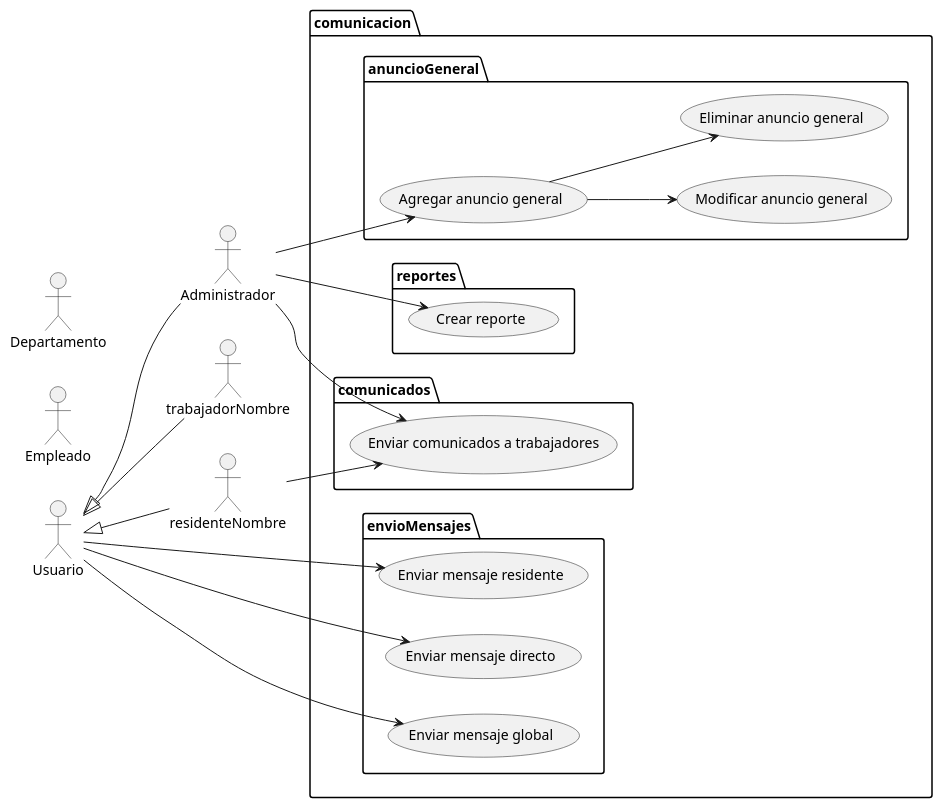
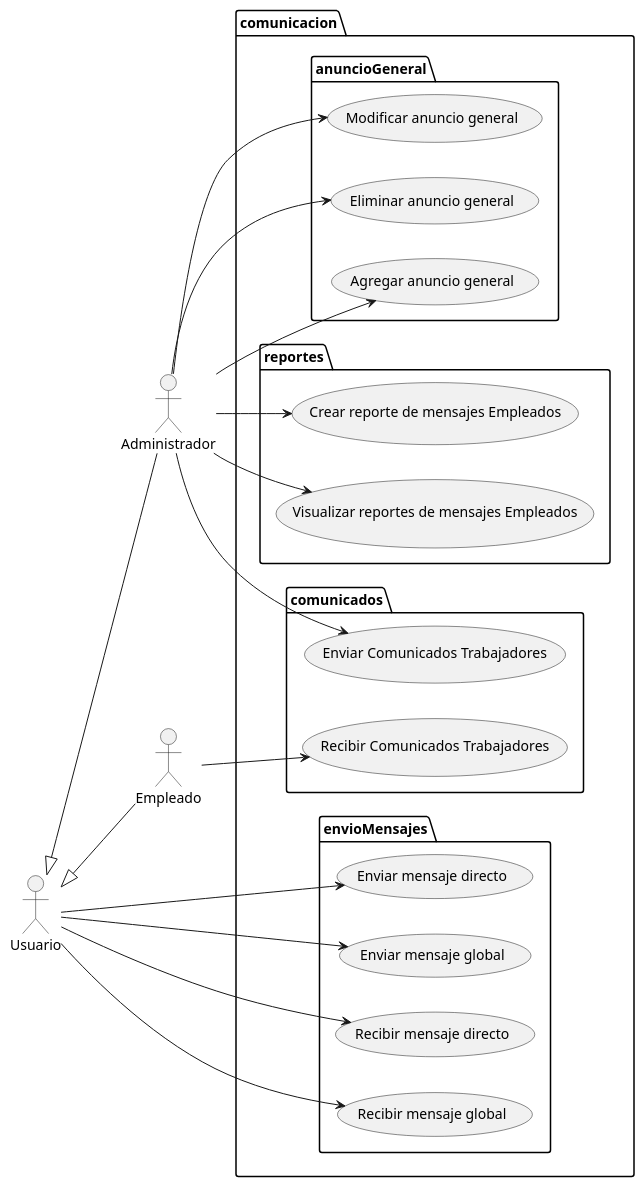
One commit to richardriverag/ProyectoDiseno24B changed the diagram in Diagramas/CasosDeUso_GrupoF_Comunicacion/CasoDeUsoGrupoF.puml. Above: the diagram before and after it, drawn with PlantUML.

Commit message:
Update CasoDeUsoGrupoF.puml
Editing and adding UseCase to visualize the messages, specify reports and visualize it.

```diff
--- a/Diagramas/CasosDeUso_GrupoF_Comunicacion/CasoDeUsoGrupoF.puml
+++ b/Diagramas/CasosDeUso_GrupoF_Comunicacion/CasoDeUsoGrupoF.puml
@@ -1,48 +1,49 @@
 @startuml
 
 left to right direction
 
 actor "Usuario" as usuarioNombre
 actor "Administrador" as administradorNombre
 actor "Empleado" as empleadoNombre
-actor "Departamento" as departamentoNombre
 package comunicacion{
 package envioMensajes{
-usecase "Enviar mensaje residente" as mensajeResidentes
+
 usecase "Enviar mensaje directo" as mensajeDirecto
 usecase "Enviar mensaje global" as mensajeGlobal
+usecase "Recibir mensaje directo" as recibirmsjDirecto
+usecase "Recibir mensaje global" as recibirmsjGlobal
 }
 
 package comunicados{
-usecase "Enviar comunicados a trabajadores" as comunicadoTrabajadores
+usecase "Enviar Comunicados Trabajadores" as comunicadoTrabajadores
+usecase "Recibir Comunicados Trabajadores" as recibirComunicadoTrabajadores
 }
 package anuncioGeneral{
 usecase "Modificar anuncio general" as modAnuncioGeneral
 usecase "Eliminar anuncio general" as delAnuncioGeneral
 usecase "Agregar anuncio general" as addAnuncioGeneral
+
 }
 package reportes{
-usecase "Crear reporte" as creaReporte
+usecase "Crear reporte de mensajes Empleados" as creaReporte
+usecase "Visualizar reportes de mensajes Empleados" as visualizarReporte
 }
 }
 
 administradorNombre -u-|> usuarioNombre
-trabajadorNombre -u-|> usuarioNombre
-residenteNombre -u-|> usuarioNombre
+empleadoNombre -u-|> usuarioNombre
 
-
-usuarioNombre --> mensajeResidentes
 administradorNombre --> comunicadoTrabajadores
+empleadoNombre --> recibirComunicadoTrabajadores
 usuarioNombre --> mensajeGlobal
 usuarioNombre --> mensajeDirecto
+usuarioNombre --> recibirmsjGlobal
+usuarioNombre --> recibirmsjDirecto
 
-
-addAnuncioGeneral --> modAnuncioGeneral
-addAnuncioGeneral --> delAnuncioGeneral
+administradorNombre --> modAnuncioGeneral
+administradorNombre --> delAnuncioGeneral
 administradorNombre --> addAnuncioGeneral
-
-residenteNombre --> comunicadoTrabajadores
+administradorNombre --> visualizarReporte
 administradorNombre --> creaReporte
 
-
 @enduml
```
